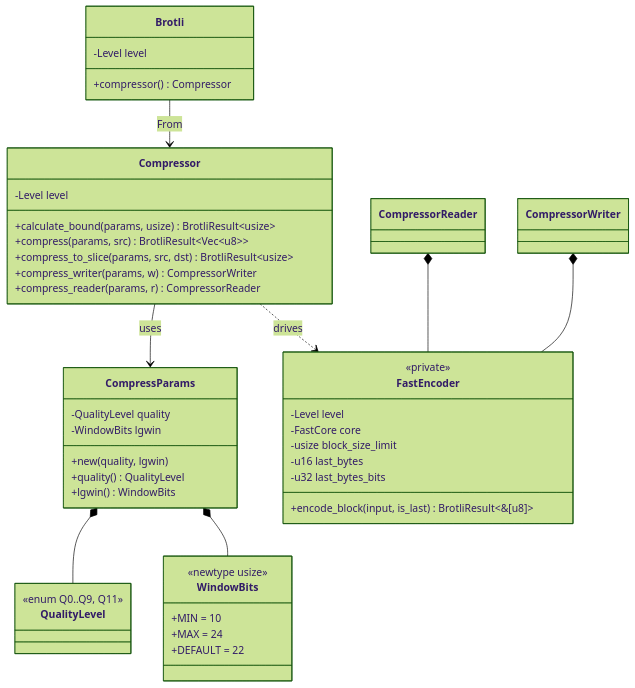
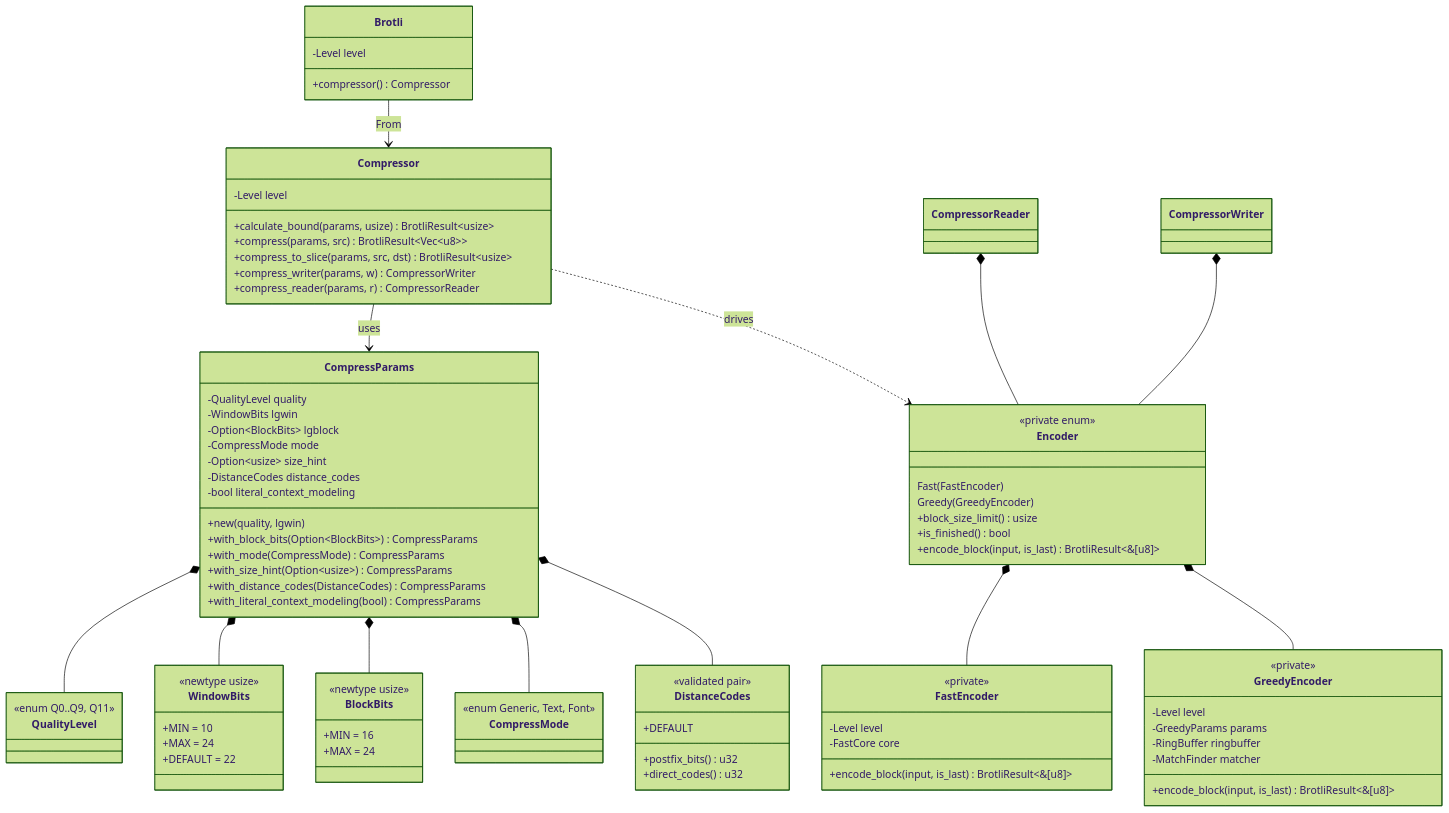
Before and after one commit to Mnwa/mbrotli: the second of 8 diagrams in architecture/compressor.md, drawn with Mermaid (forest theme). The commit also changed other lines of this file and 84 other files, not shown here.

````diff
--- a/architecture/compressor.md
+++ b/architecture/compressor.md
@@ -72,9 +79,31 @@
     class CompressParams {
         -QualityLevel quality
         -WindowBits lgwin
+        -Option~BlockBits~ lgblock
+        -CompressMode mode
+        -Option~usize~ size_hint
+        -DistanceCodes distance_codes
+        -bool literal_context_modeling
         +new(quality, lgwin)
-        +quality() QualityLevel
-        +lgwin() WindowBits
+        +with_block_bits(Option~BlockBits~) CompressParams
+        +with_mode(CompressMode) CompressParams
+        +with_size_hint(Option~usize~) CompressParams
+        +with_distance_codes(DistanceCodes) CompressParams
+        +with_literal_context_modeling(bool) CompressParams
+    }
+    class BlockBits {
+        <<newtype usize>>
+        +MIN = 16
+        +MAX = 24
+    }
+    class CompressMode {
+        <<enum Generic, Text, Font>>
+    }
+    class DistanceCodes {
+        <<validated pair>>
+        +DEFAULT
+        +postfix_bits() u32
+        +direct_codes() u32
     }
     class WindowBits {
         <<newtype usize>>
@@ -85,13 +114,26 @@
     class QualityLevel {
         <<enum Q0..Q9, Q11>>
     }
+    class Encoder {
+        <<private enum>>
+        Fast(FastEncoder)
+        Greedy(GreedyEncoder)
+        +block_size_limit() usize
+        +is_finished() bool
+        +encode_block(input, is_last) BrotliResult~&[u8]~
+    }
     class FastEncoder {
         <<private>>
         -Level level
         -FastCore core
-        -usize block_size_limit
-        -u16 last_bytes
-        -u32 last_bytes_bits
+        +encode_block(input, is_last) BrotliResult~&[u8]~
+    }
+    class GreedyEncoder {
+        <<private>>
+        -Level level
+        -GreedyParams params
+        -RingBuffer ringbuffer
+        -MatchFinder matcher
         +encode_block(input, is_last) BrotliResult~&[u8]~
     }
 
@@ -99,7 +141,12 @@
     Compressor --> CompressParams : uses
     CompressParams *-- QualityLevel
     CompressParams *-- WindowBits
-    Compressor ..> FastEncoder : drives
-    CompressorReader *-- FastEncoder
-    CompressorWriter *-- FastEncoder
+    CompressParams *-- BlockBits
+    CompressParams *-- CompressMode
+    CompressParams *-- DistanceCodes
+    Compressor ..> Encoder : drives
+    Encoder *-- FastEncoder
+    Encoder *-- GreedyEncoder
+    CompressorReader *-- Encoder
+    CompressorWriter *-- Encoder
 ```
````
